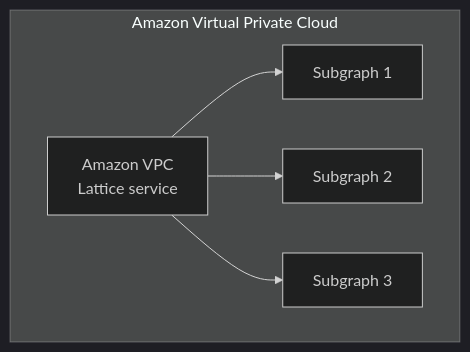
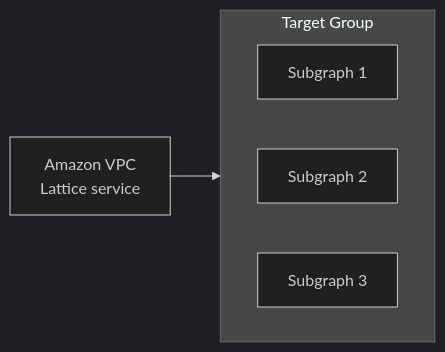
One commit to apollographql/docs changed the second of 4 diagrams in src/content/graphos/cloud-routing/dedicated/lattice.mdx. Above: the diagram before and after it, drawn with Mermaid (dark theme). The commit also changed other lines of this file and 2 other files, not shown here.

````diff
--- a/src/content/graphos/cloud-routing/dedicated/lattice.mdx
+++ b/src/content/graphos/cloud-routing/dedicated/lattice.mdx
@@ -177,10 +71,11 @@
 ```mermaid
-flowchart TB
-  subgraph "Amazon Virtual Private Cloud"
-    lattice[Amazon VPC <br/> Lattice service]
+flowchart LR;
+  lattice[Amazon VPC <br/> Lattice service]
+  subgraph targetgroup["Target Group"]
+    direction LR 
     service1[Subgraph 1];
     service2[Subgraph 2];
     service3[Subgraph 3];
   end;
-  lattice --> service1 & service2 & service3;
+  lattice --> targetgroup
 ```
````
